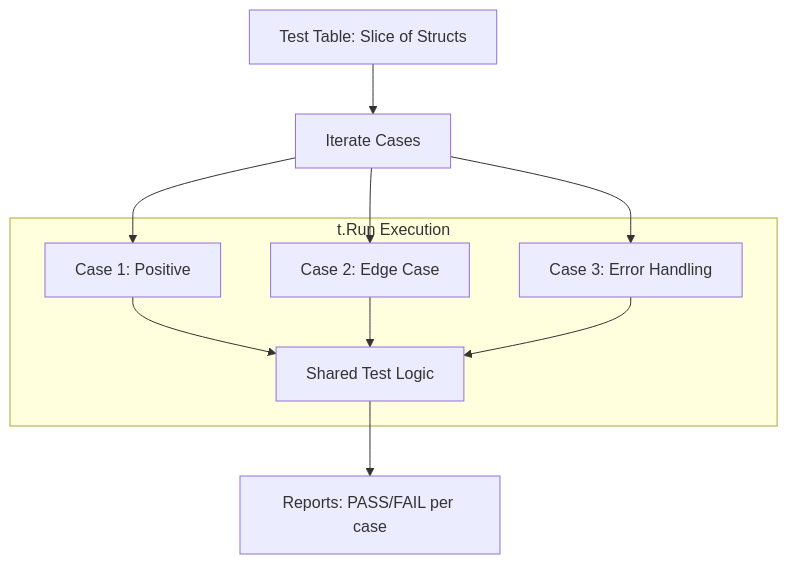
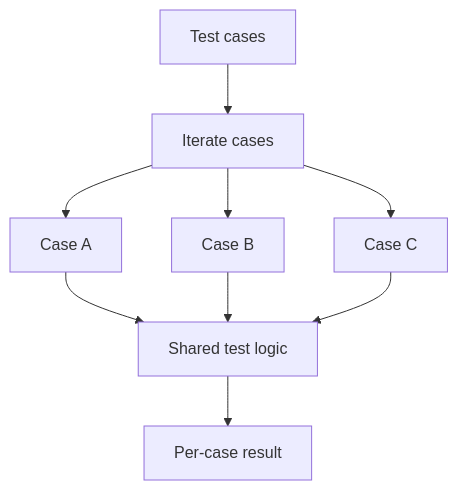
Before and after one commit to syahputrawork98-sketch/Golang-Knowledge-Base: the diagram in RAK-03-evolution/SR-02-testing-quality/BK-01-unit-testing/CH-01-table-driven/README.md, drawn with Mermaid. The commit also changed other lines of this file and 61 other files, not shown here.

````diff
--- a/RAK-03-evolution/SR-02-testing-quality/BK-01-unit-testing/CH-01-table-driven/README.md
+++ b/RAK-03-evolution/SR-02-testing-quality/BK-01-unit-testing/CH-01-table-driven/README.md
@@ -39,15 +35,11 @@
 ```mermaid
 graph TD
-    Table[Test Table: Slice of Structs] --> Loop[Iterate Cases]
-    Loop --> Case1[Case 1: Positive]
-    Loop --> Case2[Case 2: Edge Case]
-    Loop --> Case3[Case 3: Error Handling]
-    
-    subgraph "t.Run Execution"
-    Case1 --> Logic[Shared Test Logic]
+    Table[Test cases] --> Loop[Iterate cases]
+    Loop --> Case1[Case A]
+    Loop --> Case2[Case B]
+    Loop --> Case3[Case C]
+    Case1 --> Logic[Shared test logic]
     Case2 --> Logic
     Case3 --> Logic
-    end
-    
-    Logic --> Result[Reports: PASS/FAIL per case]
+    Logic --> Report[Per-case result]
 ```
````
